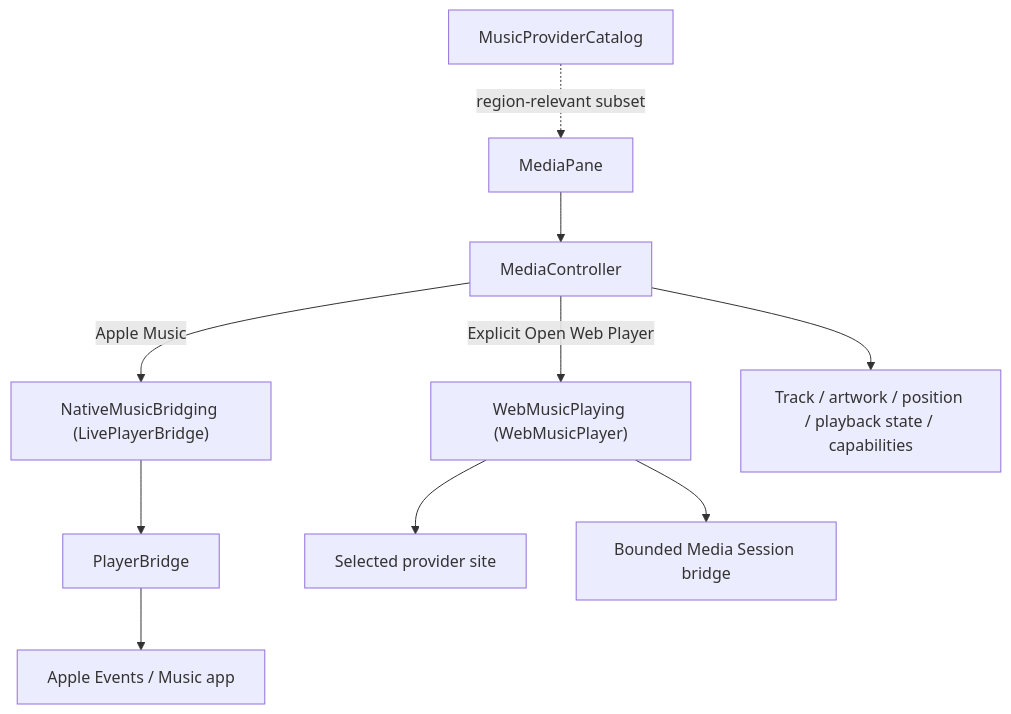
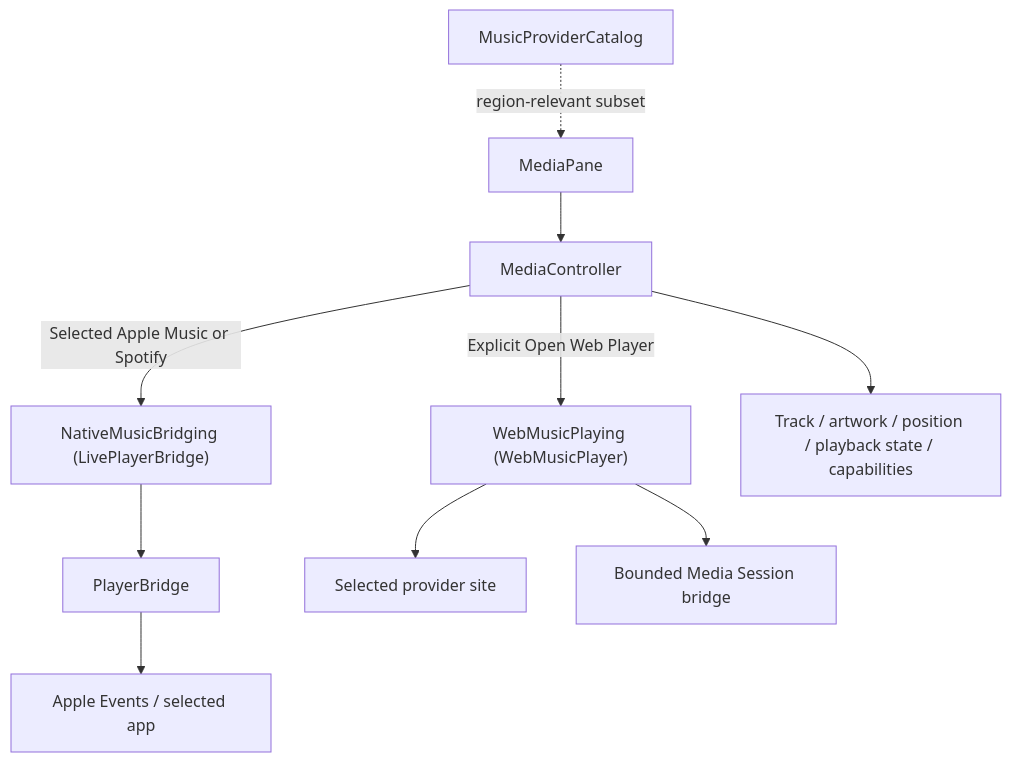
One commit to TumanovNV/impuls changed the diagram in knowledge-base/02-modules/music.md. Above: the diagram before and after it, drawn with Mermaid. The commit also changed other lines of this file and 29 other files, not shown here.

Commit message:
1.4.16: Add Spotify through native scripting interface (IMP-11)

````diff
--- a/knowledge-base/02-modules/music.md
+++ b/knowledge-base/02-modules/music.md
@@ -52,12 +52,12 @@
 ```mermaid
 flowchart TD
     UI[MediaPane] --> MC[MediaController]
-    MC -->|Apple Music| NB["NativeMusicBridging (LivePlayerBridge)"]
+    MC -->|Selected Apple Music or Spotify| NB["NativeMusicBridging (LivePlayerBridge)"]
     NB --> PB[PlayerBridge]
-    PB --> AE[Apple Events / Music app]
+    PB --> AE[Apple Events / selected app]
     MC -->|Explicit Open Web Player| WMP["WebMusicPlaying (WebMusicPlayer)"]
     WMP --> MS[Selected provider site]
     WMP --> BR[Bounded Media Session bridge]
     MC --> STATE[Track / artwork / position / playback state / capabilities]
     CAT[MusicProviderCatalog] -.region-relevant subset.-> UI
 ```
````
